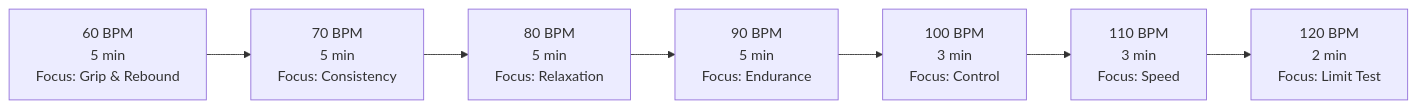
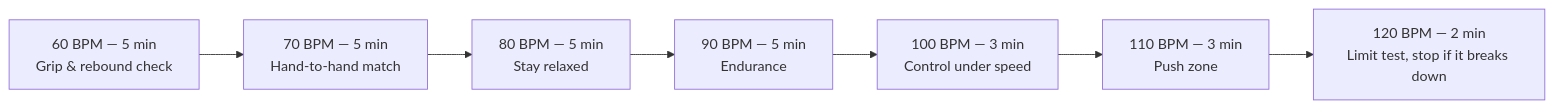
One commit to blebleblee/synapse changed the second of 3 diagrams in topics/arts/music_performance/drums/labs.md. Above: the diagram before and after it, drawn with Mermaid. The commit also changed other lines of this file and 2 other files, not shown here.

````diff
--- a/topics/arts/music_performance/drums/labs.md
+++ b/topics/arts/music_performance/drums/labs.md
@@ -168,9 +110,9 @@
 ```mermaid
 graph LR
-    sub_60["60 BPM<br/>5 min<br/>Focus: Grip & Rebound"] --> sub_70["70 BPM<br/>5 min<br/>Focus: Consistency"]
-    sub_70 --> sub_80["80 BPM<br/>5 min<br/>Focus: Relaxation"]
-    sub_80 --> sub_90["90 BPM<br/>5 min<br/>Focus: Endurance"]
-    sub_90 --> sub_100["100 BPM<br/>3 min<br/>Focus: Control"]
-    sub_100 --> sub_110["110 BPM<br/>3 min<br/>Focus: Speed"]
-    sub_110 --> sub_120["120 BPM<br/>2 min<br/>Focus: Limit Test"]
+    sub_60["60 BPM — 5 min<br/>Grip & rebound check"] --> sub_70["70 BPM — 5 min<br/>Hand-to-hand match"]
+    sub_70 --> sub_80["80 BPM — 5 min<br/>Stay relaxed"]
+    sub_80 --> sub_90["90 BPM — 5 min<br/>Endurance"]
+    sub_90 --> sub_100["100 BPM — 3 min<br/>Control under speed"]
+    sub_100 --> sub_110["110 BPM — 3 min<br/>Push zone"]
+    sub_110 --> sub_120["120 BPM — 2 min<br/>Limit test, stop if it breaks down"]
 ```
````
